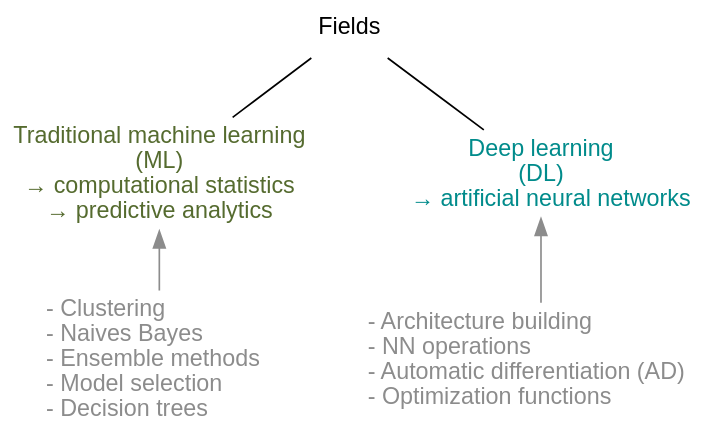
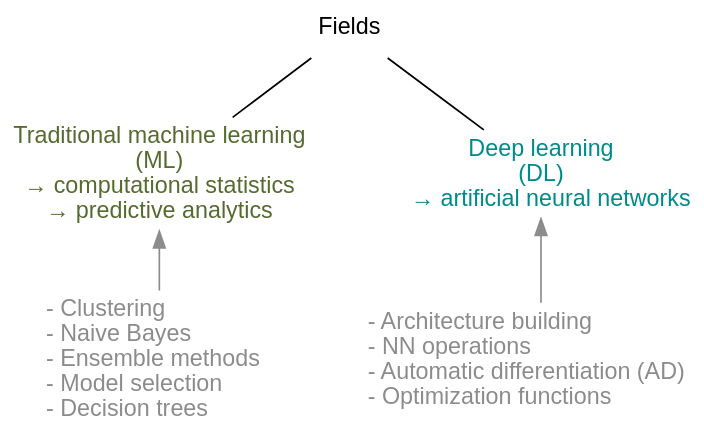
One commit to WestDRI/arc-training changed the second of 24 diagrams in ai/wb_frameworks_slides.qmd. Above: the diagram before and after it, drawn with Graphviz. The commit also changed other lines of this file and 78 other files, not shown here.

````diff
--- a/ai/wb_frameworks_slides.qmd
+++ b/ai/wb_frameworks_slides.qmd
@@ -65,21 +65,21 @@
 ```{dot}
 //| echo: false
 
 strict digraph {
 
 bgcolor="transparent"
 node [fontname="Inconsolata, sans-serif", shape=plaintext]
 
 ml [label="Traditional machine learning\n(ML)\n→ computational statistics\n→ predictive analytics", URL="https://en.wikipedia.org/wiki/Computational_statistics", fontcolor=darkolivegreen]
 dl [label="Deep learning\n(DL)\n    → artificial neural networks", URL="https://en.wikipedia.org/wiki/Deep_learning", fontcolor=darkcyan]
 
 Fields -> {ml dl} [dir=none]
 
-1 [label="- Clustering\l- Naives Bayes\l- Ensemble methods\l- Model selection\l- Decision trees\l", shape=plaintext, fontcolor=gray55]
+1 [label="- Clustering\l- Naive Bayes\l- Ensemble methods\l- Model selection\l- Decision trees\l", shape=plaintext, fontcolor=gray55]
 2 [label="- Architecture building\l- NN operations\l- Automatic differentiation (AD)\l- Optimization functions\l", shape=plaintext, fontcolor=gray55]
 
 ml -> 1 [dir=back, color=gray55]
 dl -> 2 [dir=back, color=gray55]
 
 }
 ```
````
